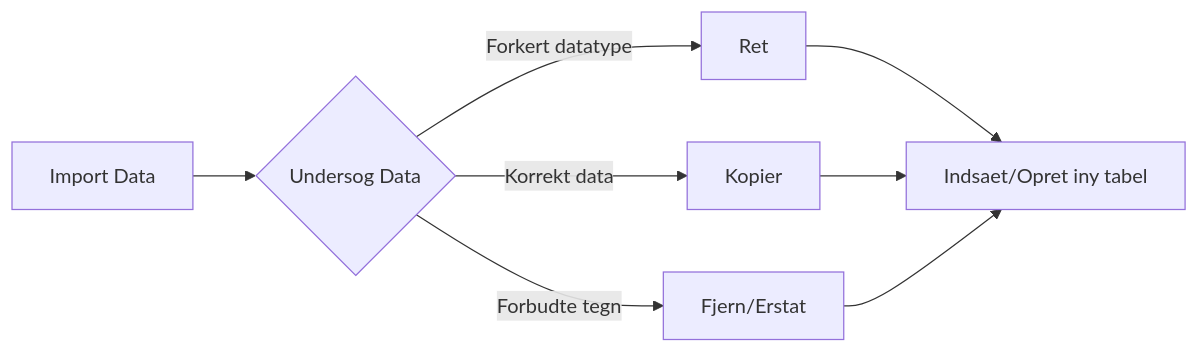
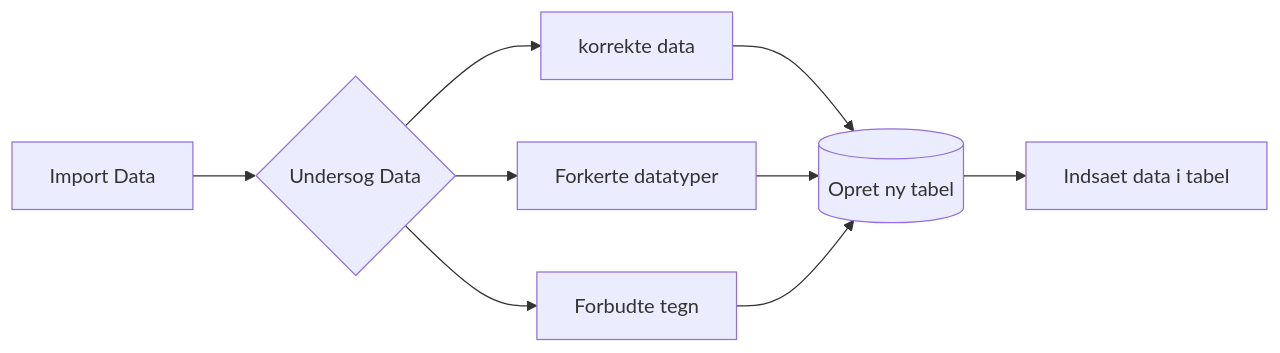
The diagram in uheld/readme.md (TRG-BUILD/VTT6), drawn with Mermaid before and after one commit. The commit also changed other lines of this file, not shown here.

````diff
--- a/uheld/readme.md
+++ b/uheld/readme.md
@@ -9,7 +12,10 @@
 ```mermaid
 flowchart LR;
     A[Import Data]-->C{Undersog Data};
-    C-->|Forkert datatype| d[Ret] --> z;
-    C-->|Korrekt data| e[Kopier] --> z;
-    C-->|Forbudte tegn| F[Fjern/Erstat] --> z[Indsaet/Opret iny tabel]
+    C--> D[Forkerte datatyper];
+    C--> E[korrekte data] ;
+    C--> F[Forbudte tegn] ;
+    E --> G[(Opret ny tabel)] --> H[Indsaet data i tabel];
+    D --> G;
+    F --> G;
 ```
````
